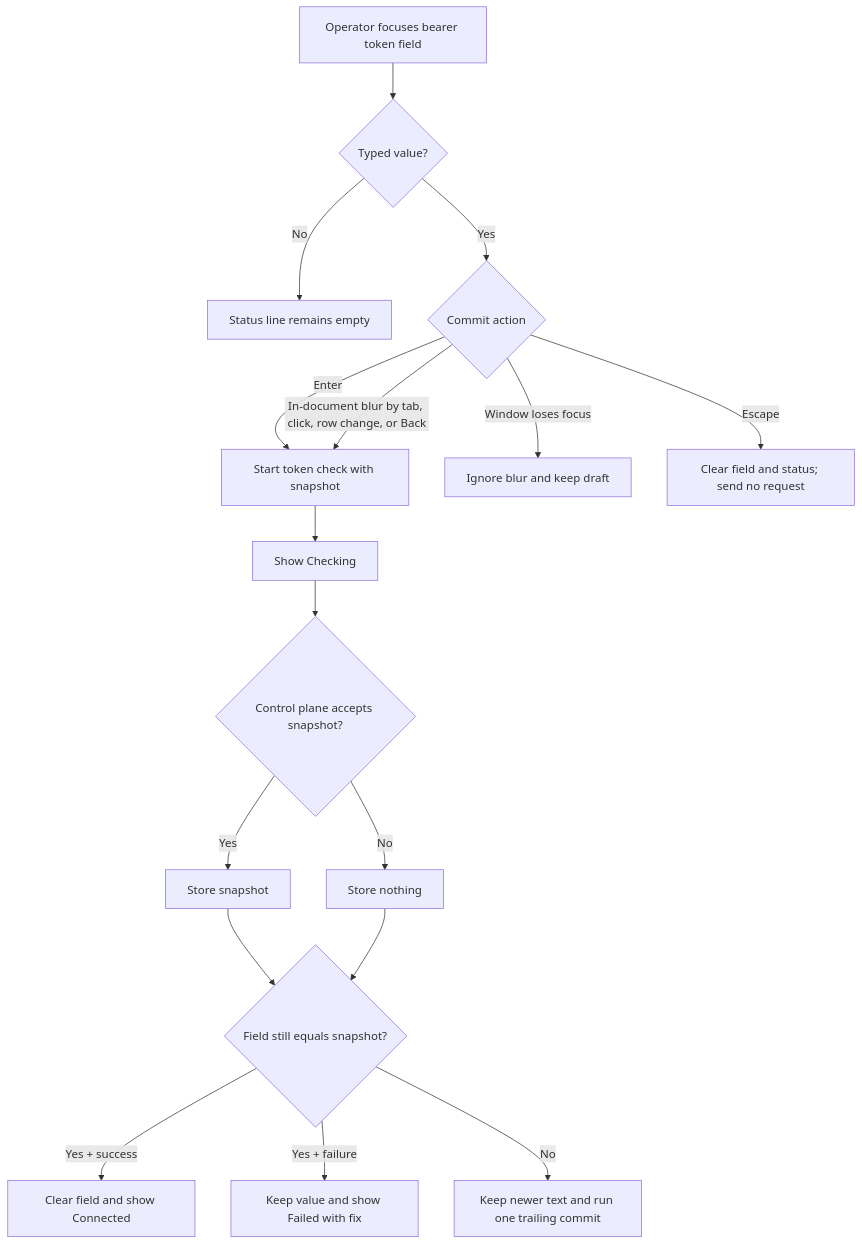
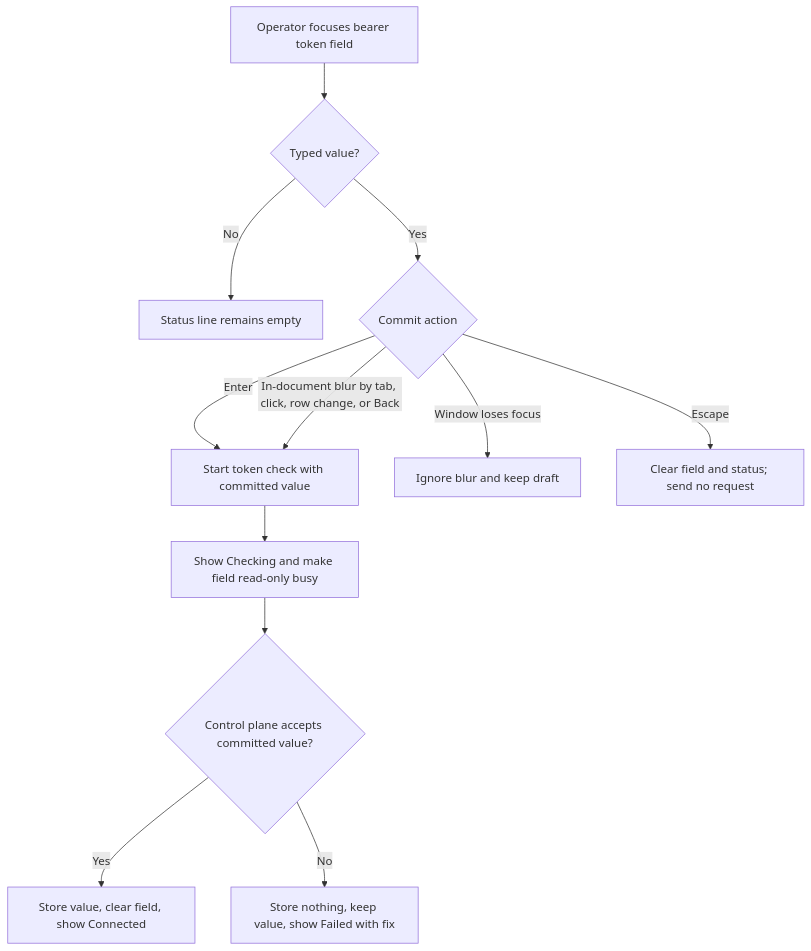
One commit to markdstafford/autocatalyst changed the second of 4 diagrams in context-human/specs/feature-settings-back-button-connection-apply-on-commit.md. Above: the diagram before and after it, drawn with Mermaid. The commit also changed other lines of this file, not shown here.

Commit message:
docs: revise feature spec settings-back-button-connection-apply-on-commit

````diff
--- a/context-human/specs/feature-settings-back-button-connection-apply-on-commit.md
+++ b/context-human/specs/feature-settings-back-button-connection-apply-on-commit.md
@@ -106,19 +104,14 @@
 ```mermaid
 graph TD
     A[Operator focuses bearer token field] --> B{Typed value?}
     B -- No --> C[Status line remains empty]
     B -- Yes --> D{Commit action}
-    D -- Enter --> E[Start token check with snapshot]
+    D -- Enter --> E[Start token check with committed value]
     D -- In-document blur by tab, click, row change, or Back --> E
     D -- Window loses focus --> F[Ignore blur and keep draft]
     D -- Escape --> G[Clear field and status; send no request]
-    E --> H[Show Checking]
-    H --> I{Control plane accepts snapshot?}
-    I -- Yes --> J[Store snapshot]
-    I -- No --> K[Store nothing]
-    J --> L{Field still equals snapshot?}
-    K --> L
-    L -- Yes + success --> M[Clear field and show Connected]
-    L -- Yes + failure --> N[Keep value and show Failed with fix]
-    L -- No --> O[Keep newer text and run one trailing commit]
+    E --> H[Show Checking and make field read-only busy]
+    H --> I{Control plane accepts committed value?}
+    I -- Yes --> J[Store value, clear field, show Connected]
+    I -- No --> K[Store nothing, keep value, show Failed with fix]
 ```
````
